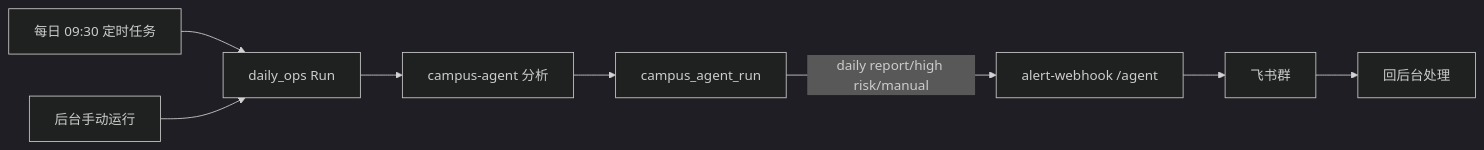
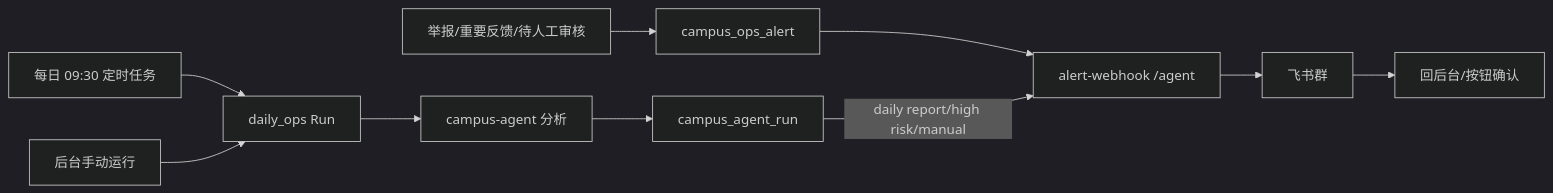
The third of 3 diagrams in docs/agent-copilot.md (tangfire/lehu-video), drawn with Mermaid (dark theme) before and after one commit. The commit also changed other lines of this file and 23 other files, not shown here.

````diff
--- a/docs/agent-copilot.md
+++ b/docs/agent-copilot.md
@@ -77,10 +98,12 @@
 ```mermaid
 flowchart LR
     Timer[每日 09:30 定时任务] --> Run[daily_ops Run]
     Admin[后台手动运行] --> Run
     Run --> Agent[campus-agent 分析]
     Agent --> Save[campus_agent_run]
-    Save -->|daily report/high risk/manual| Webhook[alert-webhook /agent]
+    Event[举报/重要反馈/待人工审核] --> OpsAlert[campus_ops_alert]
+    OpsAlert --> Webhook[alert-webhook /agent]
+    Save -->|daily report/high risk/manual| Webhook
     Webhook --> Feishu[飞书群]
-    Feishu --> Back[回后台处理]
+    Feishu --> Back[回后台/按钮确认]
 ```
````
